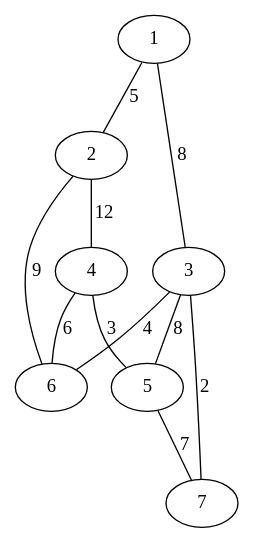
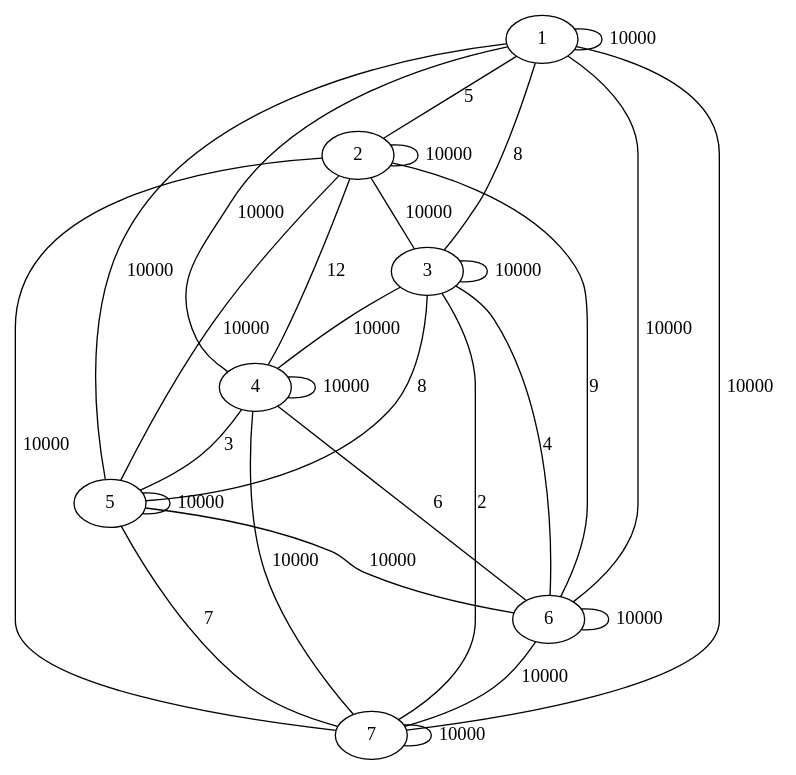
The diagram in lab_07/graph.gv (TinyMarcus/TADS), drawn with Graphviz before and after one commit. The commit also changed 2 other files, not shown here.

```diff
--- a/lab_07/graph.gv
+++ b/lab_07/graph.gv
@@ -1,19 +1,37 @@
 graph G{
 1
+1 -- 1 [label=10000, len=2]
 1 -- 2 [label=5, len=2]
 1 -- 3 [label=8, len=2]
+1 -- 4 [label=10000, len=2]
+1 -- 5 [label=10000, len=2]
+1 -- 6 [label=10000, len=2]
+1 -- 7 [label=10000, len=2]
 2
+2 -- 2 [label=10000, len=2]
+2 -- 3 [label=10000, len=2]
 2 -- 4 [label=12, len=2]
+2 -- 5 [label=10000, len=2]
 2 -- 6 [label=9, len=2]
+2 -- 7 [label=10000, len=2]
 3
+3 -- 3 [label=10000, len=2]
+3 -- 4 [label=10000, len=2]
 3 -- 5 [label=8, len=2]
 3 -- 6 [label=4, len=2]
 3 -- 7 [label=2, len=2]
 4
+4 -- 4 [label=10000, len=2]
 4 -- 5 [label=3, len=2]
 4 -- 6 [label=6, len=2]
+4 -- 7 [label=10000, len=2]
 5
+5 -- 5 [label=10000, len=2]
+5 -- 6 [label=10000, len=2]
 5 -- 7 [label=7, len=2]
 6
+6 -- 6 [label=10000, len=2]
+6 -- 7 [label=10000, len=2]
 7
+7 -- 7 [label=10000, len=2]
 }
```
